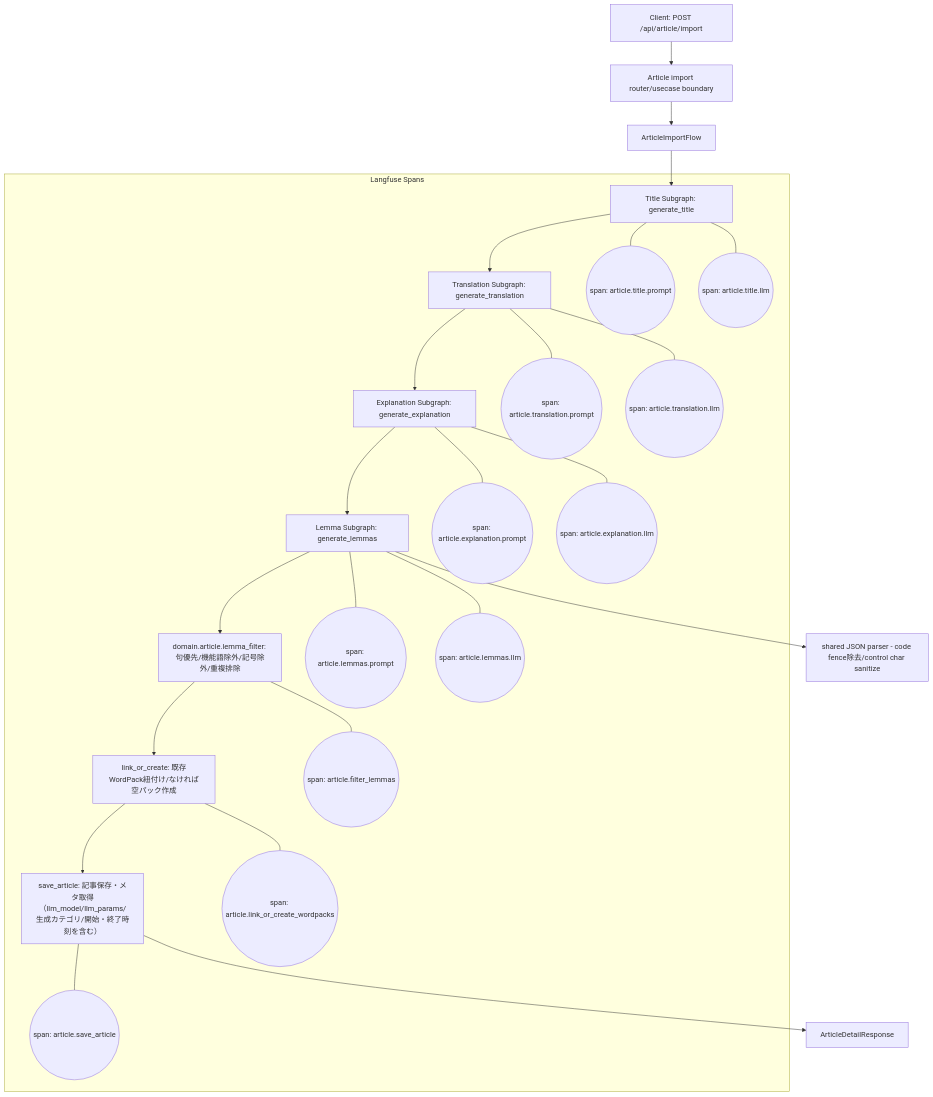
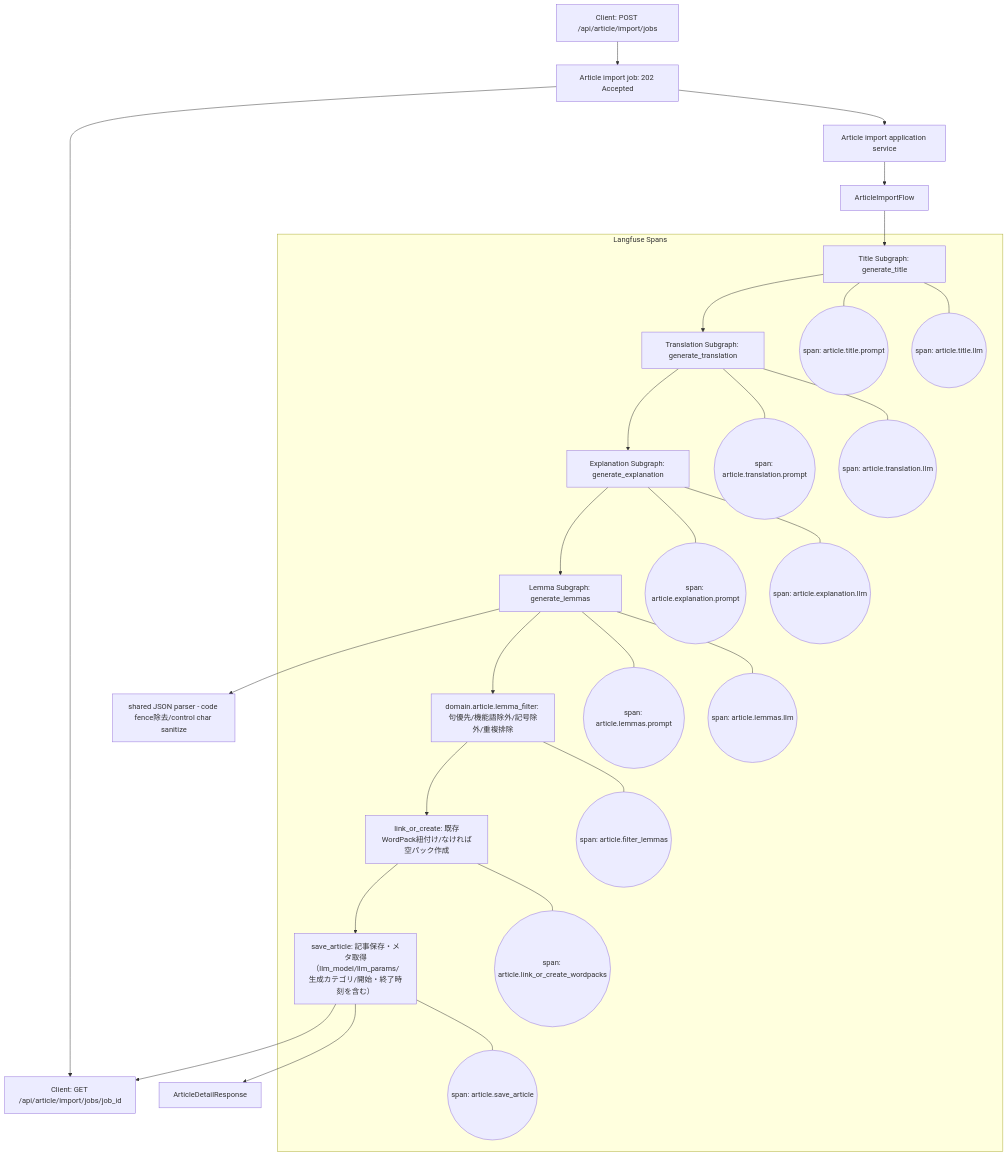
One commit to stillshore-chirp/wordpack-for-english changed the second of 2 diagrams in docs/flows.md. Above: the diagram before and after it, drawn with Mermaid. The commit also changed 41 other files, not shown here.

````diff
--- a/docs/flows.md
+++ b/docs/flows.md
@@ -24,28 +24,31 @@
 ```mermaid
 graph TD
-    A[Client: POST /api/article/import] --> U[Article import router/usecase boundary];
+    A[Client: POST /api/article/import/jobs] --> J[Article import job: 202 Accepted];
+    J --> P[Client: GET /api/article/import/jobs/job_id];
+    J --> U[Article import application service];
     U --> B[ArticleImportFlow];
     B --> T[Title Subgraph: generate_title];
     T --> TR[Translation Subgraph: generate_translation];
     TR --> EX[Explanation Subgraph: generate_explanation];
     EX --> LM[Lemma Subgraph: generate_lemmas];
     LM --> JP["shared JSON parser - code fence除去/control char sanitize"];
     LM --> FL["domain.article.lemma_filter: 句優先/機能語除外/記号除外/重複排除"];
     FL --> LC[link_or_create: 既存WordPack紐付け/なければ空パック作成];
     LC --> SA[save_article: 記事保存・メタ取得（llm_model/llm_params/生成カテゴリ/開始・終了時刻を含む）];
+    SA --> P;
     SA --> R[ArticleDetailResponse];
 
     subgraph Langfuse Spans
         T --- T1((span: article.title.prompt))
         T --- T2((span: article.title.llm))
         TR --- TR1((span: article.translation.prompt))
         TR --- TR2((span: article.translation.llm))
         EX --- EX1((span: article.explanation.prompt))
         EX --- EX2((span: article.explanation.llm))
         LM --- LM1((span: article.lemmas.prompt))
         LM --- LM2((span: article.lemmas.llm))
         FL --- FL1((span: article.filter_lemmas))
         LC --- LC1((span: article.link_or_create_wordpacks))
         SA --- SA1((span: article.save_article))
     end
 ```
````
